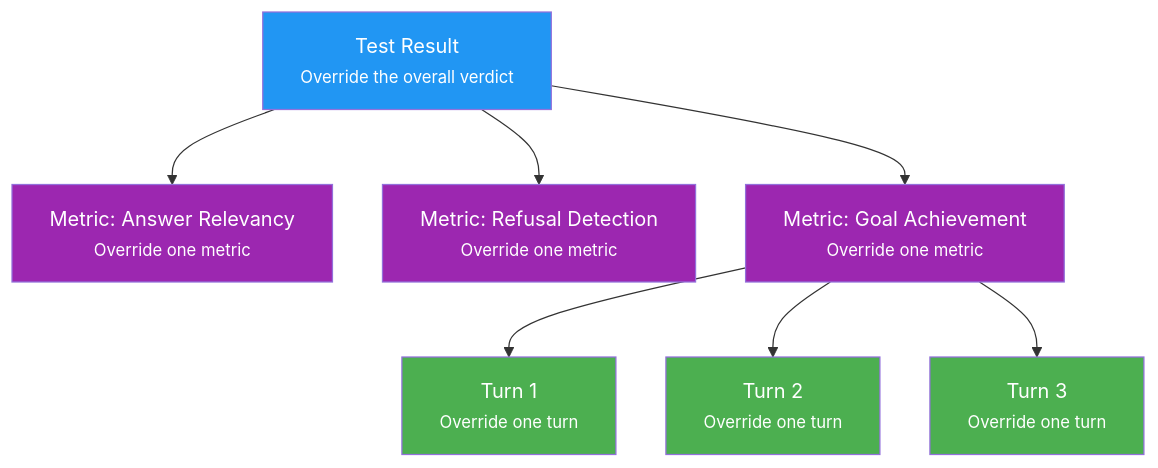
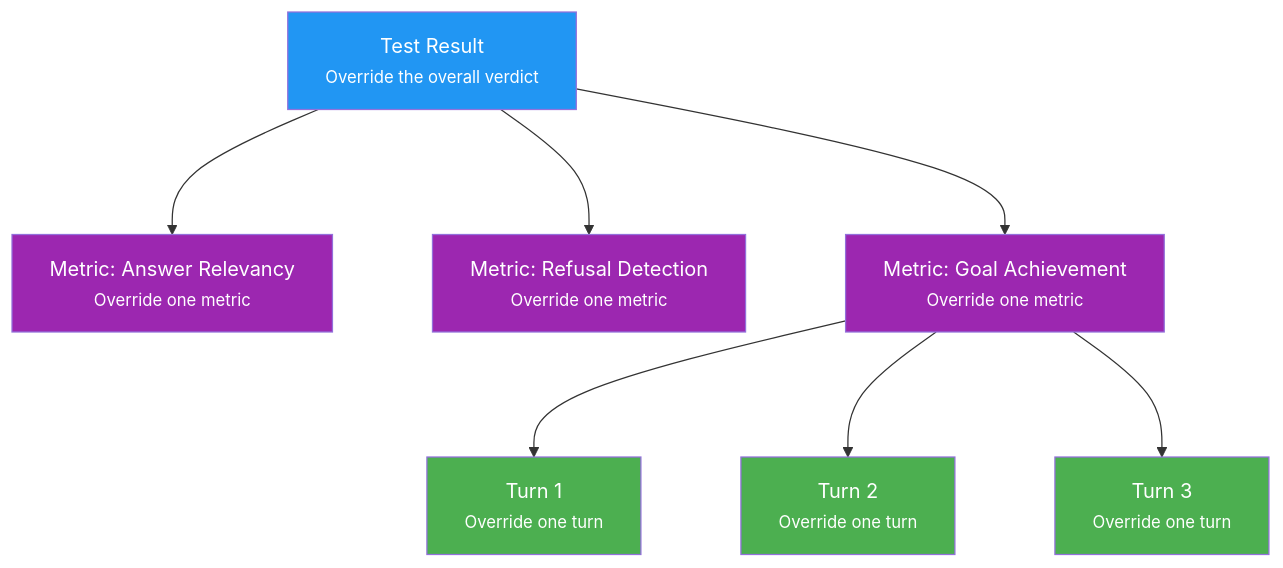
One commit to rhesis-ai/rhesis changed the diagram in docs/content/platform/test-reviews/index.mdx. Above: the diagram before and after it, drawn with Mermaid. The commit also changed other lines of this file, not shown here.

Commit message:
docs: increase mermaid diagram size for review levels

````diff
--- a/docs/content/platform/test-reviews/index.mdx
+++ b/docs/content/platform/test-reviews/index.mdx
@@ -28,28 +28,28 @@
 ```mermaid
-%%{init: {'flowchart': {'nodeSpacing': 40, 'rankSpacing': 60}}}%%
+%%{init: {'flowchart': {'nodeSpacing': 80, 'rankSpacing': 100}, 'themeVariables': {'fontSize': '16px'}}}%%
 graph TB
     TR["Test Result<br/><small>Override the overall verdict</small>"]
 
     M1["Metric: Answer Relevancy<br/><small>Override one metric</small>"]
     M2["Metric: Refusal Detection<br/><small>Override one metric</small>"]
     M3["Metric: Goal Achievement<br/><small>Override one metric</small>"]
 
     T1["Turn 1<br/><small>Override one turn</small>"]
     T2["Turn 2<br/><small>Override one turn</small>"]
     T3["Turn 3<br/><small>Override one turn</small>"]
 
     TR --> M1
     TR --> M2
     TR --> M3
     M3 --> T1
     M3 --> T2
     M3 --> T3
 
     style TR fill:#2196F3,color:#fff
     style M1 fill:#9c27b0,color:#fff
     style M2 fill:#9c27b0,color:#fff
     style M3 fill:#9c27b0,color:#fff
     style T1 fill:#4caf50,color:#fff
     style T2 fill:#4caf50,color:#fff
     style T3 fill:#4caf50,color:#fff
 ```
````
